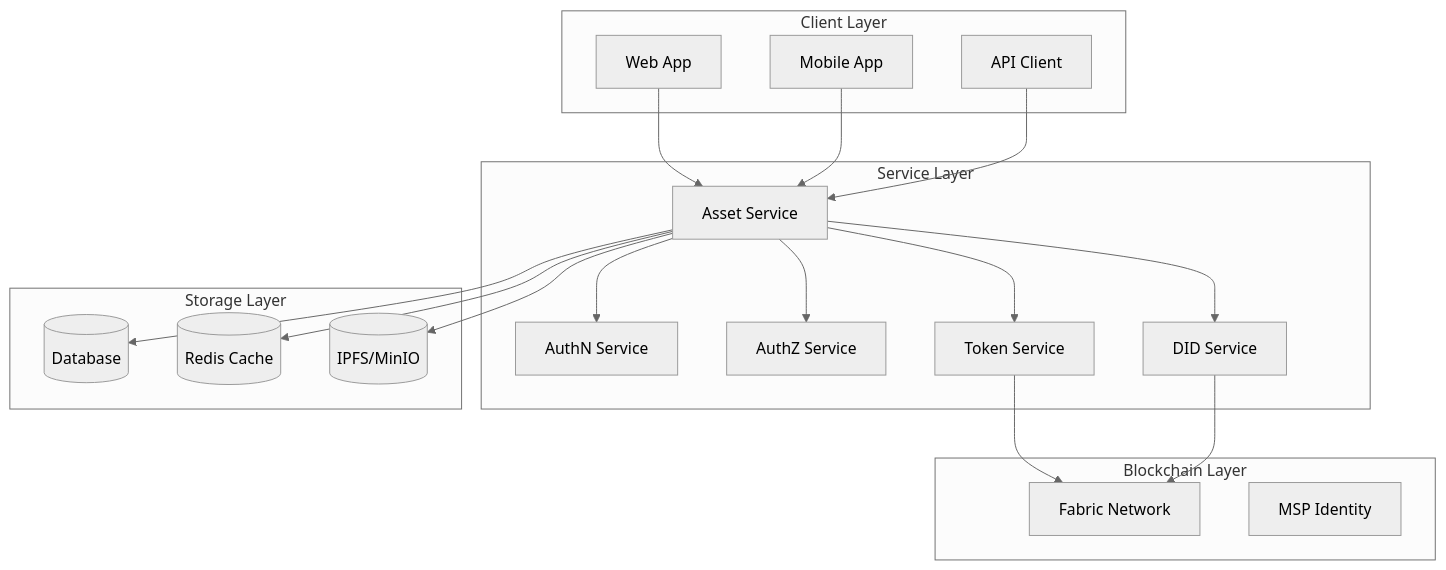
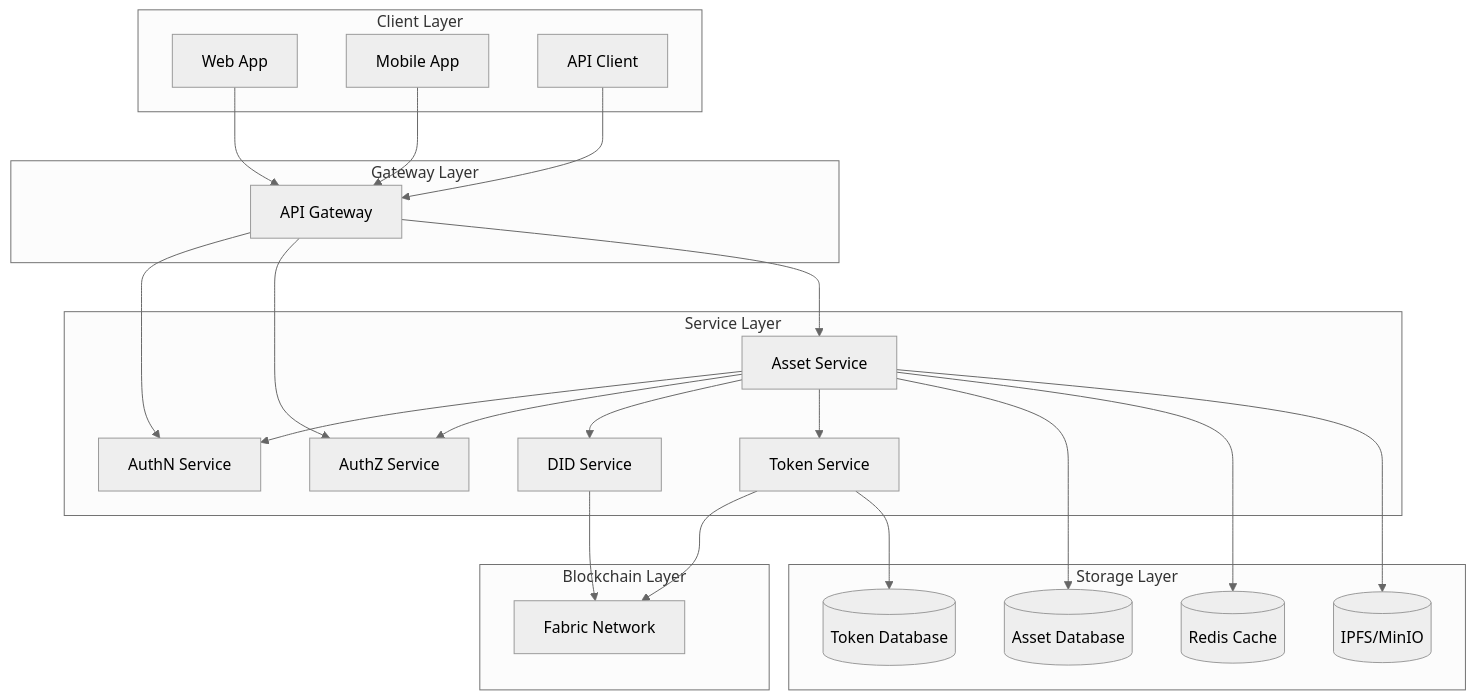
The second of 9 diagrams in rd-digital-asset-service-clean.md (metafi-blockchain/metafi-digital-assets-service), drawn with Mermaid (neutral theme) before and after one commit. The commit also changed other lines of this file, not shown here.

````diff
--- a/rd-digital-asset-service-clean.md
+++ b/rd-digital-asset-service-clean.md
@@ -81,43 +82,53 @@
 ```mermaid
 graph TD
     subgraph "Client Layer"
         Web[Web App]
         Mobile[Mobile App]
         API[API Client]
+    end
+
+    subgraph "Gateway Layer"
+        Gateway[API Gateway]
     end
 
     subgraph "Service Layer"
         AuthN[AuthN Service]
         AuthZ[AuthZ Service]
         DID[DID Service]
         Asset[Asset Service]
         Token[Token Service]
     end
 
     subgraph "Blockchain Layer"
         Fabric[Fabric Network]
-        MSP[MSP Identity]
     end
 
     subgraph "Storage Layer"
-        DB[(Database)]
+        AssetDB[(Asset Database)]
+        TokenDB[(Token Database)]
         Cache[(Redis Cache)]
         Storage[(IPFS/MinIO)]
     end
 
-    Web --> Asset
-    Mobile --> Asset
-    API --> Asset
+    Web --> Gateway
+    Mobile --> Gateway
+    API --> Gateway
+
+    Gateway --> AuthN
+    Gateway --> AuthZ
+    Gateway --> Asset
 
     Asset --> AuthN
     Asset --> AuthZ
     Asset --> DID
     Asset --> Token
 
     Token --> Fabric
     DID --> Fabric
 
-    Asset --> DB
+    Asset --> AssetDB
     Asset --> Cache
     Asset --> Storage
+
+    Token --> TokenDB
 ```
````
